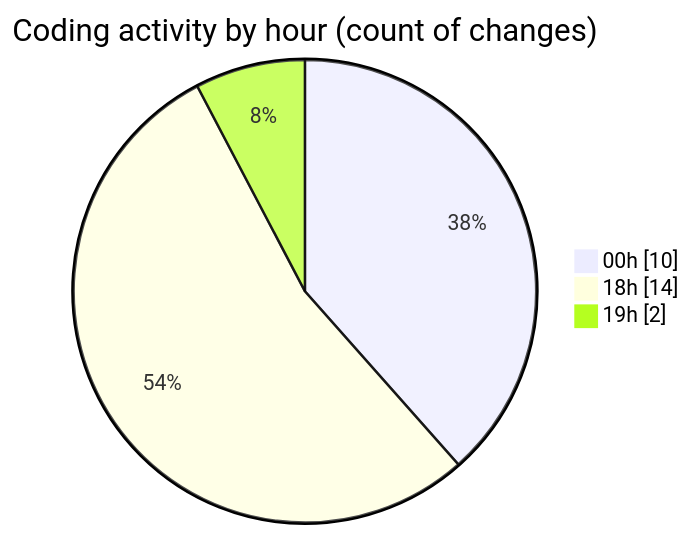
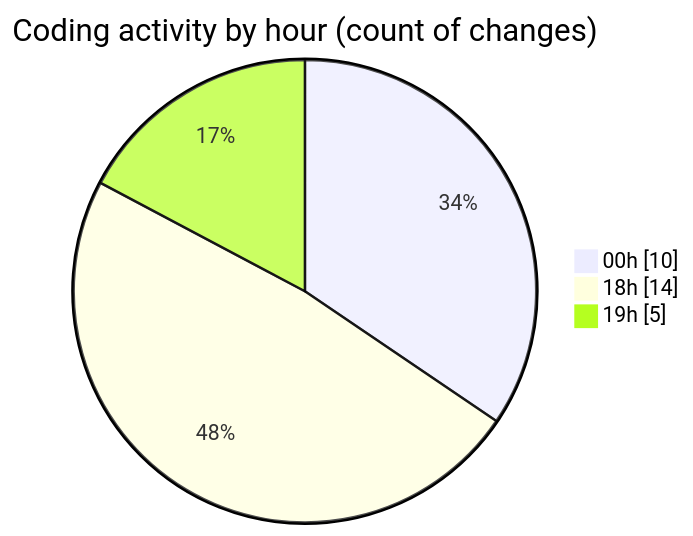
The second of 2 diagrams in 2025-05-27/minisocialnetwork/README.md (NitaiMahat/code-tracking), drawn with Mermaid before and after one commit. The commit also changed other lines of this file and 1 other file, not shown here.

````diff
--- a/2025-05-27/minisocialnetwork/README.md
+++ b/2025-05-27/minisocialnetwork/README.md
@@ -40,7 +40,7 @@
 ```mermaid
 pie showData
 title Coding activity by hour (count of changes)
 "00h" : 10
 "18h" : 14
-"19h" : 2
+"19h" : 5
 ```
````
